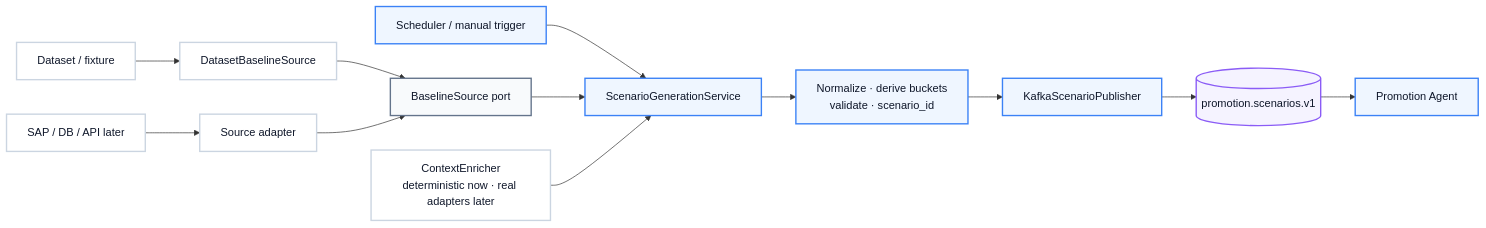
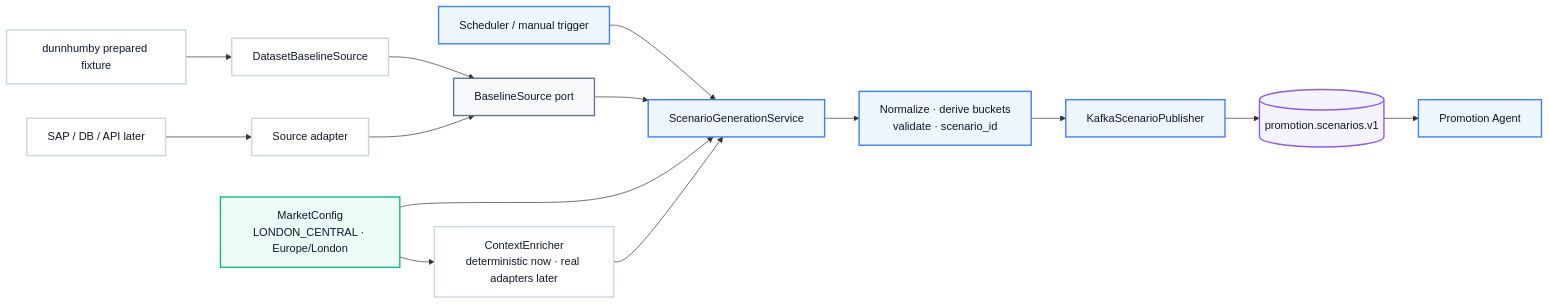
The diagram in docs/scenario-generator/architecture.mmd (podlodka-ai-club/snowball), drawn with Mermaid before and after one commit.

Commit message:
Show fixed London market in scenario generator architecture

```diff
--- a/docs/scenario-generator/architecture.mmd
+++ b/docs/scenario-generator/architecture.mmd
@@ -1,25 +1,29 @@
 flowchart LR
     T["Scheduler / manual trigger"] --> G["ScenarioGenerationService"]
 
-    D["Dataset / fixture"] --> DS["DatasetBaselineSource"]
+    D["dunnhumby prepared fixture"] --> DS["DatasetBaselineSource"]
     R["SAP / DB / API later"] --> RS["Source adapter"]
     DS --> B["BaselineSource port"]
     RS --> B
     B --> G
 
-    C["ContextEnricher\ndeterministic now · real adapters later"] --> G
+    M["MarketConfig\nLONDON_CENTRAL · Europe/London"] --> C["ContextEnricher\ndeterministic now · real adapters later"]
+    M --> G
+    C --> G
 
     G --> N["Normalize · derive buckets\nvalidate · scenario_id"]
     N --> P["KafkaScenarioPublisher"]
     P --> K[("promotion.scenarios.v1")]
     K --> A["Promotion Agent"]
 
     classDef source fill:#ffffff,stroke:#cbd5e1,stroke-width:2px,color:#0f172a;
     classDef service fill:#eff6ff,stroke:#3b82f6,stroke-width:2px,color:#0f172a;
     classDef port fill:#f8fafc,stroke:#64748b,stroke-width:2px,color:#0f172a;
     classDef kafka fill:#f5f3ff,stroke:#8b5cf6,stroke-width:2px,color:#0f172a;
+    classDef config fill:#ecfdf5,stroke:#10b981,stroke-width:2px,color:#0f172a;
 
     class D,R,DS,RS,C source;
     class T,G,N,P,A service;
     class B port;
     class K kafka;
+    class M config;
```
